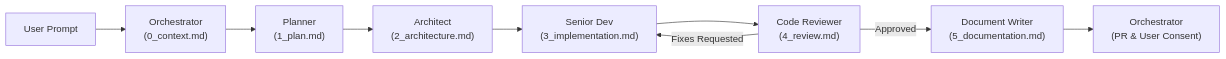
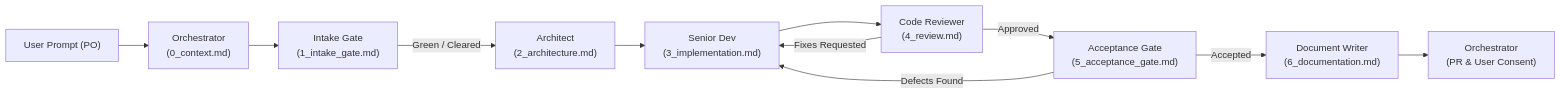
The diagram in GEMINI.md (peshomorskia-pm/team-generator), drawn with Mermaid before and after one commit. The commit also changed other lines of this file and 5 other files, not shown here.

Commit message:
chore(agents): formalize Intake Gate and Business Acceptance Gate roles and protocols

````diff
--- a/GEMINI.md
+++ b/GEMINI.md
@@ -69,11 +69,13 @@
 ```mermaid
 flowchart LR
-    User["User Prompt"] --> Orch0["Orchestrator<br/>(0_context.md)"]
-    Orch0 --> Plan["Planner<br/>(1_plan.md)"]
-    Plan --> Arch["Architect<br/>(2_architecture.md)"]
+    User["User Prompt (PO)"] --> Orch0["Orchestrator<br/>(0_context.md)"]
+    Orch0 --> Intake["Intake Gate<br/>(1_intake_gate.md)"]
+    Intake -->|Green / Cleared| Arch["Architect<br/>(2_architecture.md)"]
     Arch --> Dev["Senior Dev<br/>(3_implementation.md)"]
     Dev --> Rev["Code Reviewer<br/>(4_review.md)"]
     Rev -->|Fixes Requested| Dev
-    Rev -->|Approved| Doc["Document Writer<br/>(5_documentation.md)"]
+    Rev -->|Approved| Accept["Acceptance Gate<br/>(5_acceptance_gate.md)"]
+    Accept -->|Defects Found| Dev
+    Accept -->|Accepted| Doc["Document Writer<br/>(6_documentation.md)"]
     Doc --> OrchFinal["Orchestrator<br/>(PR & User Consent)"]
 ```
````
